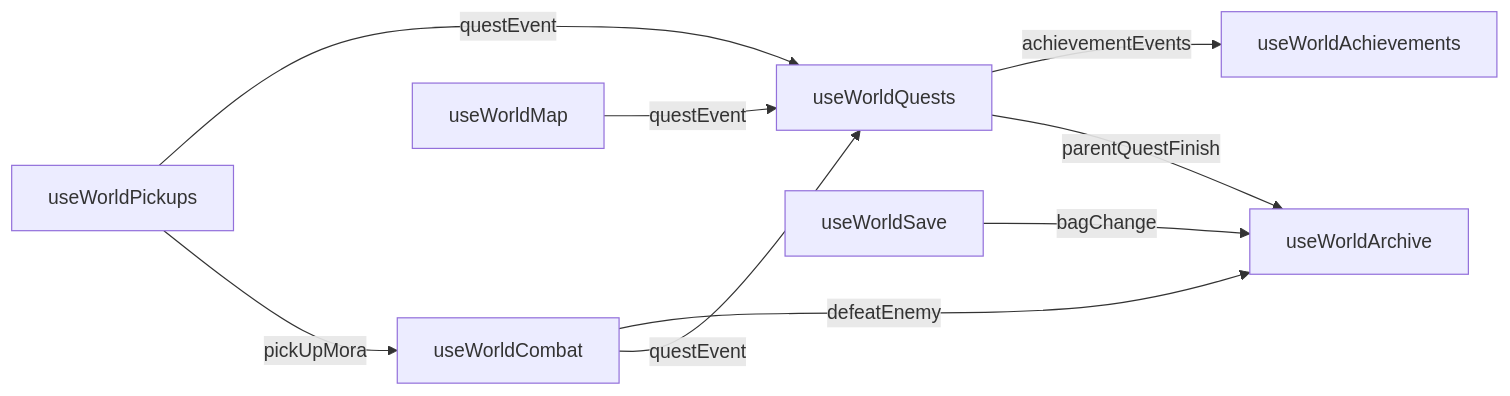
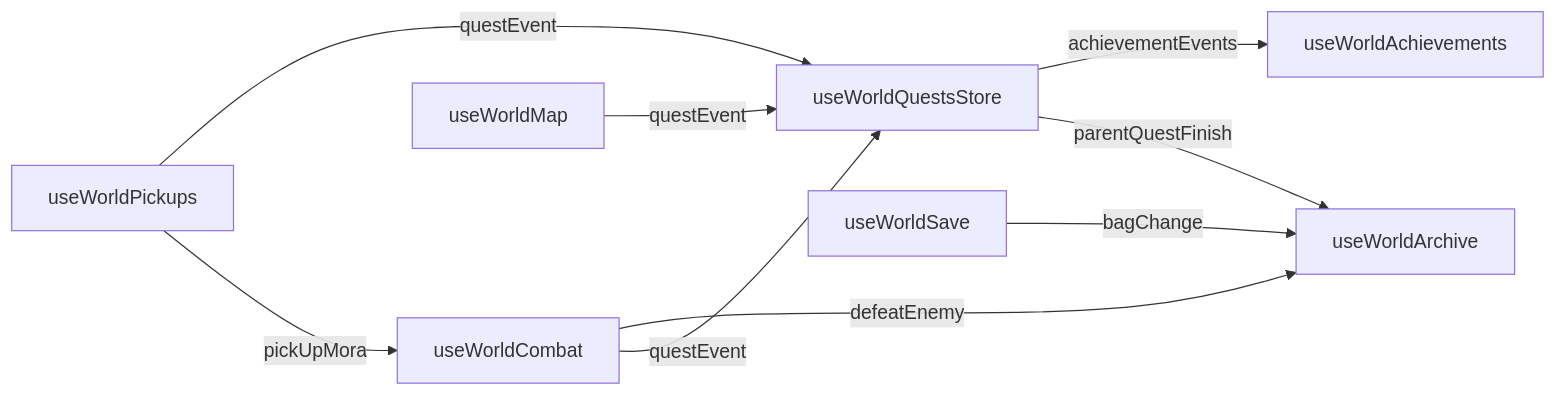
The second of 2 diagrams in openspec/specs/genshin/engine-architecture/design.md (Esposter/Esposter), drawn with Mermaid before and after one commit. The commit also changed other lines of this file and 29 other files, not shown here.

First line of the commit message:
refactor(genshin-world): the quests are a feature store the eleven features that read them read

````diff
--- a/openspec/specs/genshin/engine-architecture/design.md
+++ b/openspec/specs/genshin/engine-architecture/design.md
@@ -78,11 +78,11 @@
 ```mermaid
 flowchart LR
-  Pick[useWorldPickups] -->|questEvent| Quests[useWorldQuests]
+  Pick[useWorldPickups] -->|questEvent| Quests[useWorldQuestsStore]
   Pick -->|pickUpMora| Combat[useWorldCombat]
   Combat -->|defeatEnemy| Archive[useWorldArchive]
   Combat -->|questEvent| Quests
   Save[useWorldSave] -->|bagChange| Archive
   Quests -->|achievementEvents| Achievements[useWorldAchievements]
   Quests -->|parentQuestFinish| Archive
   Map[useWorldMap] -->|questEvent| Quests
 ```
````
